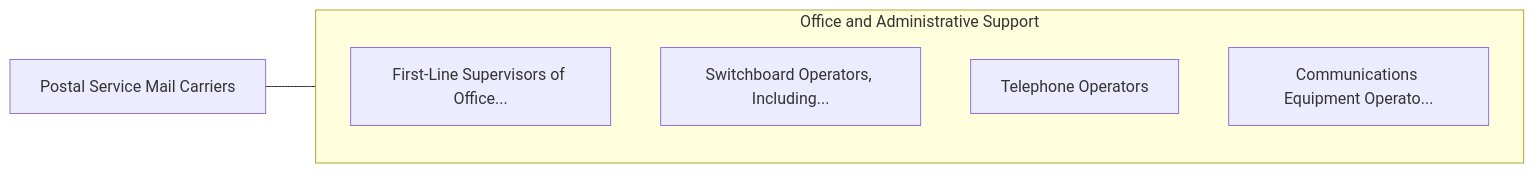
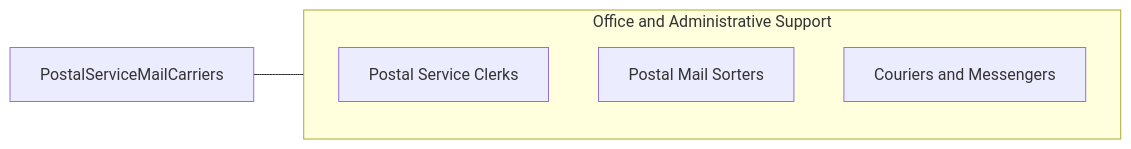
Before and after one commit to kziemski/business.org.ai: the third of 3 diagrams in occupations/Administrative/PostalServiceMailCarriers.mdx, drawn with Mermaid. The commit also changed other lines of this file and 938 other files, not shown here.

````diff
--- a/occupations/Administrative/PostalServiceMailCarriers.mdx
+++ b/occupations/Administrative/PostalServiceMailCarriers.mdx
@@ -100,13 +101,10 @@
 ```mermaid
 graph LR
-    Current["Postal Service Mail Carriers"]
-
+    Current["PostalServiceMailCarriers"]
     subgraph SameCategory["Office and Administrative Support"]
-        FirstLineSupervisors["First-Line Supervisors of Office..."]
-        SwitchboardOperators["Switchboard Operators, Including..."]
-        TelephoneOperators["Telephone Operators"]
-        CommunicationsEquipm["Communications Equipment Operato..."]
+        RPostalClerks["Postal Service Clerks"]
+        RPostalSorters["Postal Mail Sorters"]
+        RCouriers["Couriers and Messengers"]
     end
-
     Current --- SameCategory
 ```
````
